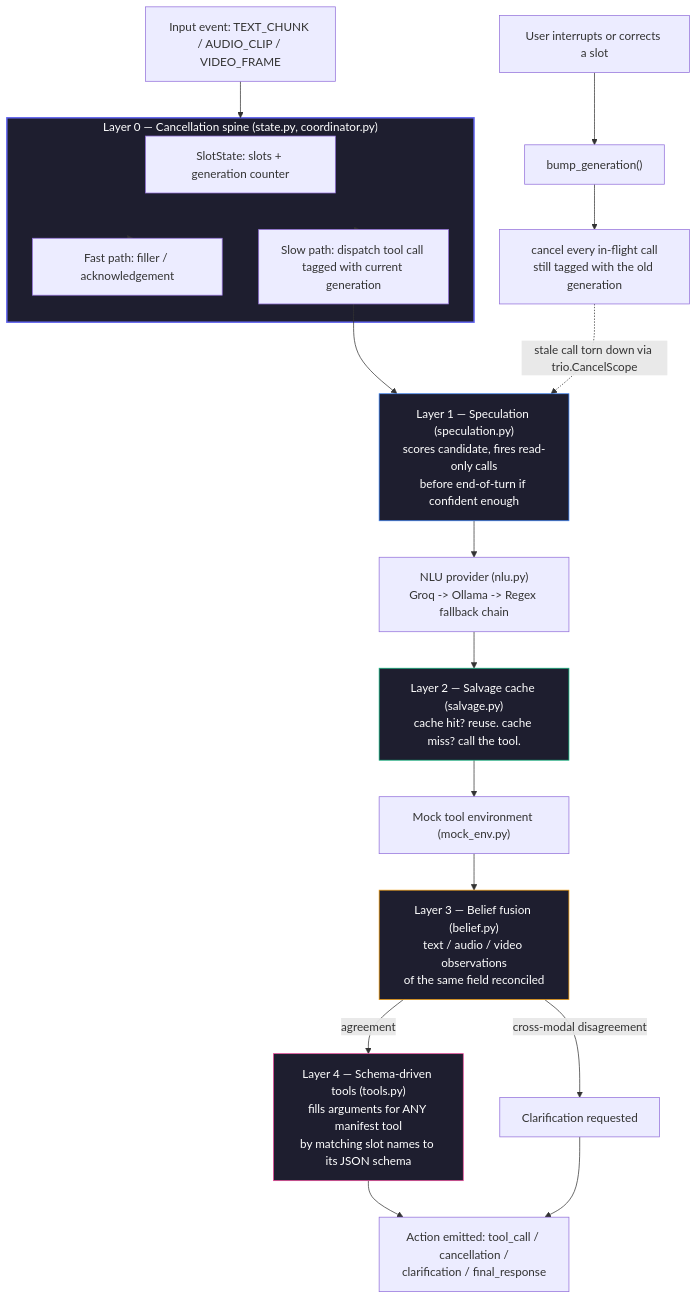
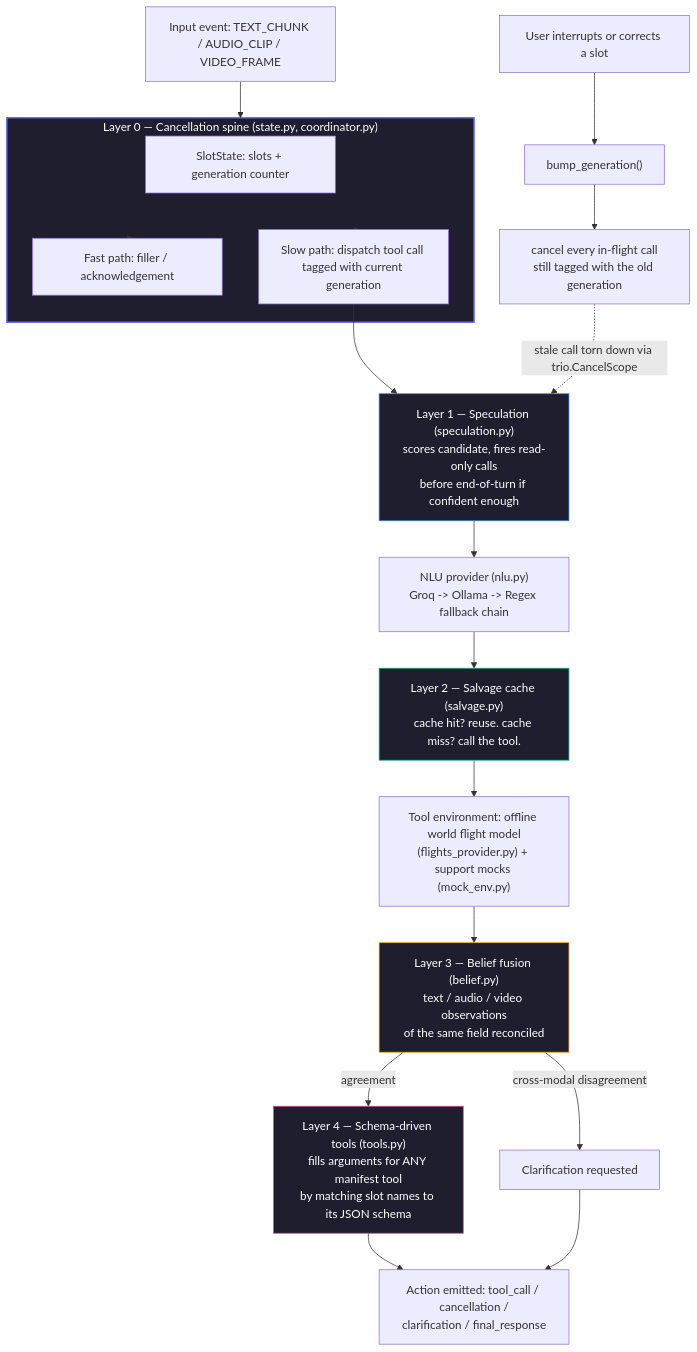
The first of 3 diagrams in README.md (armanpanigrahi59/SamsungPrism_GenAI_Hackathon), drawn with Mermaid before and after one commit. The commit also changed other lines of this file and 43 other files, not shown here.

Commit message:
Airport explorer, full booking flow, world flight model, stale-server fix

````diff
--- a/README.md
+++ b/README.md
@@ -99,34 +101,34 @@
 ```mermaid
 flowchart TD
     IN["Input event: TEXT_CHUNK / AUDIO_CLIP / VIDEO_FRAME"] --> L0
 
     subgraph L0["Layer 0 — Cancellation spine (state.py, coordinator.py)"]
         GEN["SlotState: slots + generation counter"]
         FAST["Fast path: filler / acknowledgement"]
         SLOW["Slow path: dispatch tool call tagged with current generation"]
     end
 
     L0 --> FAST
     L0 --> SLOW
 
     SLOW --> L1["Layer 1 — Speculation (speculation.py)\nscores candidate, fires read-only calls\nbefore end-of-turn if confident enough"]
     L1 --> NLU["NLU provider (nlu.py)\nGroq -> Ollama -> Regex fallback chain"]
     NLU --> L2["Layer 2 — Salvage cache (salvage.py)\ncache hit? reuse. cache miss? call the tool."]
-    L2 --> ENV["Mock tool environment (mock_env.py)"]
+    L2 --> ENV["Tool environment: offline world flight model\n(flights_provider.py) + support mocks (mock_env.py)"]
 
     INT["User interrupts or corrects a slot"] --> BUMP["bump_generation()"]
     BUMP --> CANCEL["cancel every in-flight call\nstill tagged with the old generation"]
     CANCEL -.->|stale call torn down via trio.CancelScope| L1
 
     ENV --> L3["Layer 3 — Belief fusion (belief.py)\ntext / audio / video observations\nof the same field reconciled"]
     L3 -->|cross-modal disagreement| CLARIFY["Clarification requested"]
     L3 -->|agreement| L4["Layer 4 — Schema-driven tools (tools.py)\nfills arguments for ANY manifest tool\nby matching slot names to its JSON schema"]
     L4 --> OUT["Action emitted: tool_call / cancellation /\nclarification / final_response"]
     CLARIFY --> OUT
 
     style L0 fill:#1e1e2f,stroke:#6366f1,stroke-width:2px,color:#fff
     style L1 fill:#1e1e2f,stroke:#3b82f6,stroke-width:1px,color:#fff
     style L2 fill:#1e1e2f,stroke:#10b981,stroke-width:1px,color:#fff
     style L3 fill:#1e1e2f,stroke:#f59e0b,stroke-width:1px,color:#fff
     style L4 fill:#1e1e2f,stroke:#ec4899,stroke-width:1px,color:#fff
 ```
````
